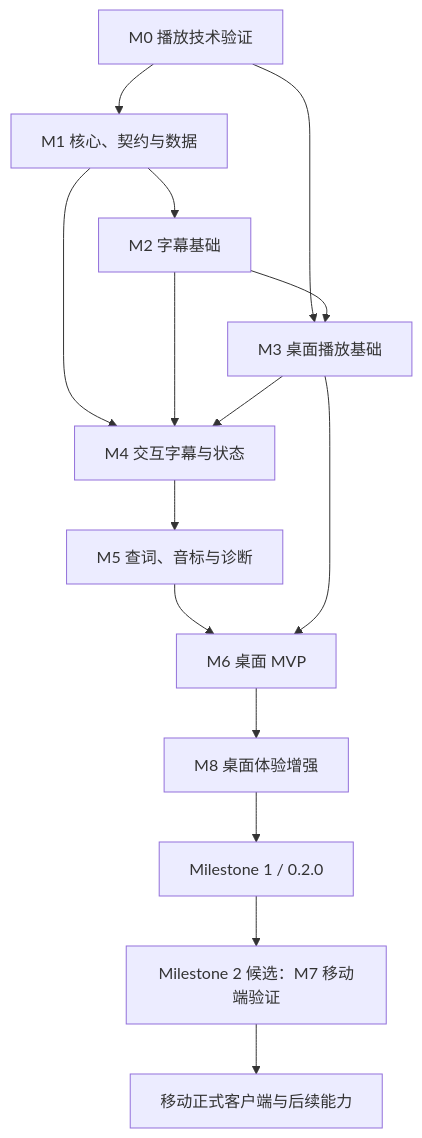
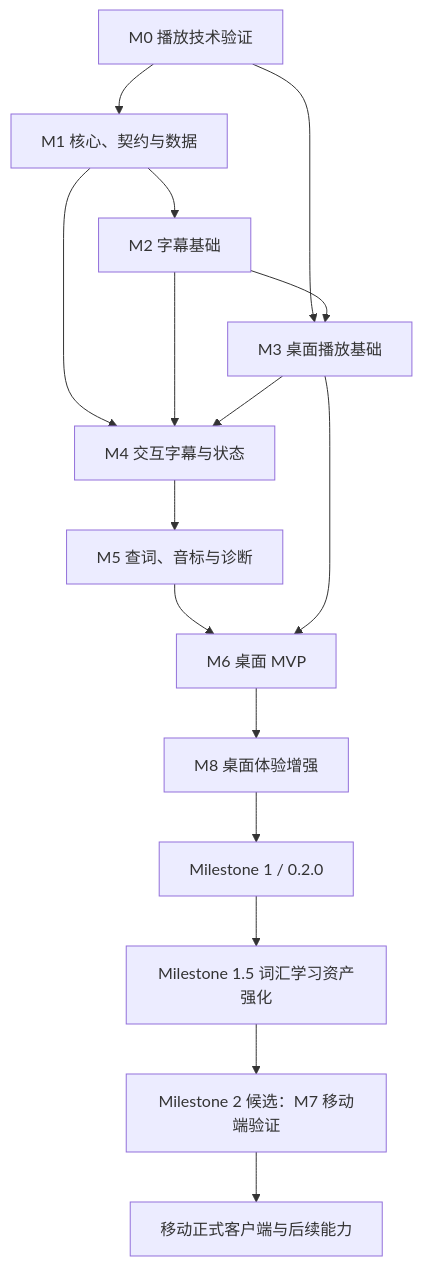
One commit to ichthyoplanktonzyh/listen changed the diagram in core/roadmap.md. Above: the diagram before and after it, drawn with Mermaid. The commit also changed other lines of this file and 5 other files, not shown here.

````diff
--- a/core/roadmap.md
+++ b/core/roadmap.md
@@ -1115,17 +1188,18 @@
 ```mermaid
 flowchart TD
     M0["M0 播放技术验证"] --> M1["M1 核心、契约与数据"]
     M0 --> M3["M3 桌面播放基础"]
     M1 --> M2["M2 字幕基础"]
     M2 --> M3
     M1 --> M4["M4 交互字幕与状态"]
     M2 --> M4
     M3 --> M4
     M4 --> M5["M5 查词、音标与诊断"]
     M5 --> M6["M6 桌面 MVP"]
     M3 --> M6
     M6 --> M8["M8 桌面体验增强"]
     M8 --> MS1["Milestone 1 / 0.2.0"]
-    MS1 --> M7["Milestone 2 候选：M7 移动端验证"]
+    MS1 --> M15["Milestone 1.5 词汇学习资产强化"]
+    M15 --> M7["Milestone 2 候选：M7 移动端验证"]
     M7 --> FUTURE["移动正式客户端与后续能力"]
 ```
````
